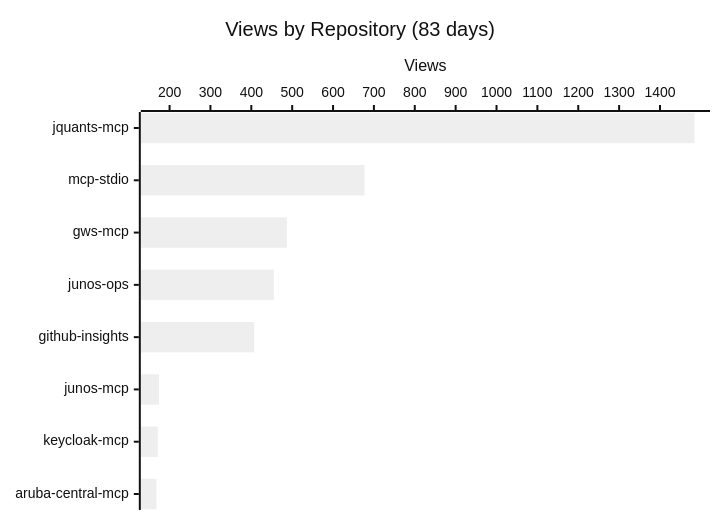
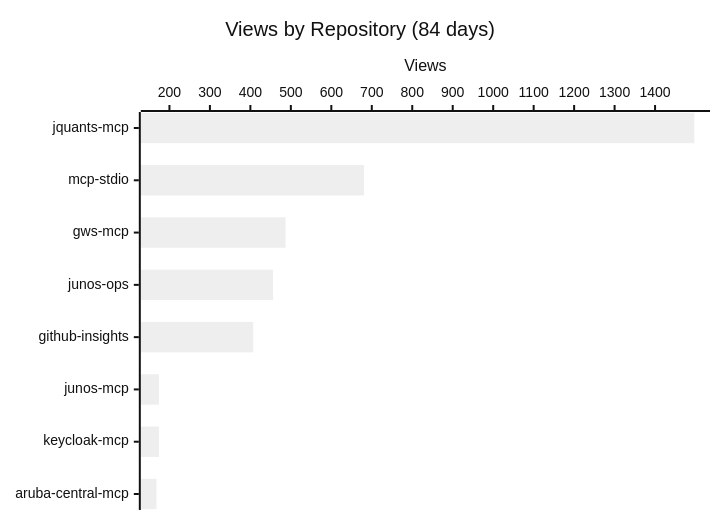
One commit to shigechika/github-insights changed the first of 3 diagrams in README.md. Above: the diagram before and after it, drawn with Mermaid (neutral theme). The commit also changed other lines of this file and 2 other files, not shown here.

````diff
--- a/README.md
+++ b/README.md
@@ -18,7 +18,7 @@
 ```mermaid
 xychart-beta horizontal
-    title "Views by Repository (83 days)"
+    title "Views by Repository (84 days)"
     x-axis ["jquants-mcp", "mcp-stdio", "gws-mcp", "junos-ops", "github-insights", "junos-mcp", "keycloak-mcp", "aruba-central-mcp"]
     y-axis "Views"
-    bar [1484, 677, 487, 455, 407, 174, 171, 168]
+    bar [1497, 681, 487, 456, 407, 174, 174, 168]
 ```
````
